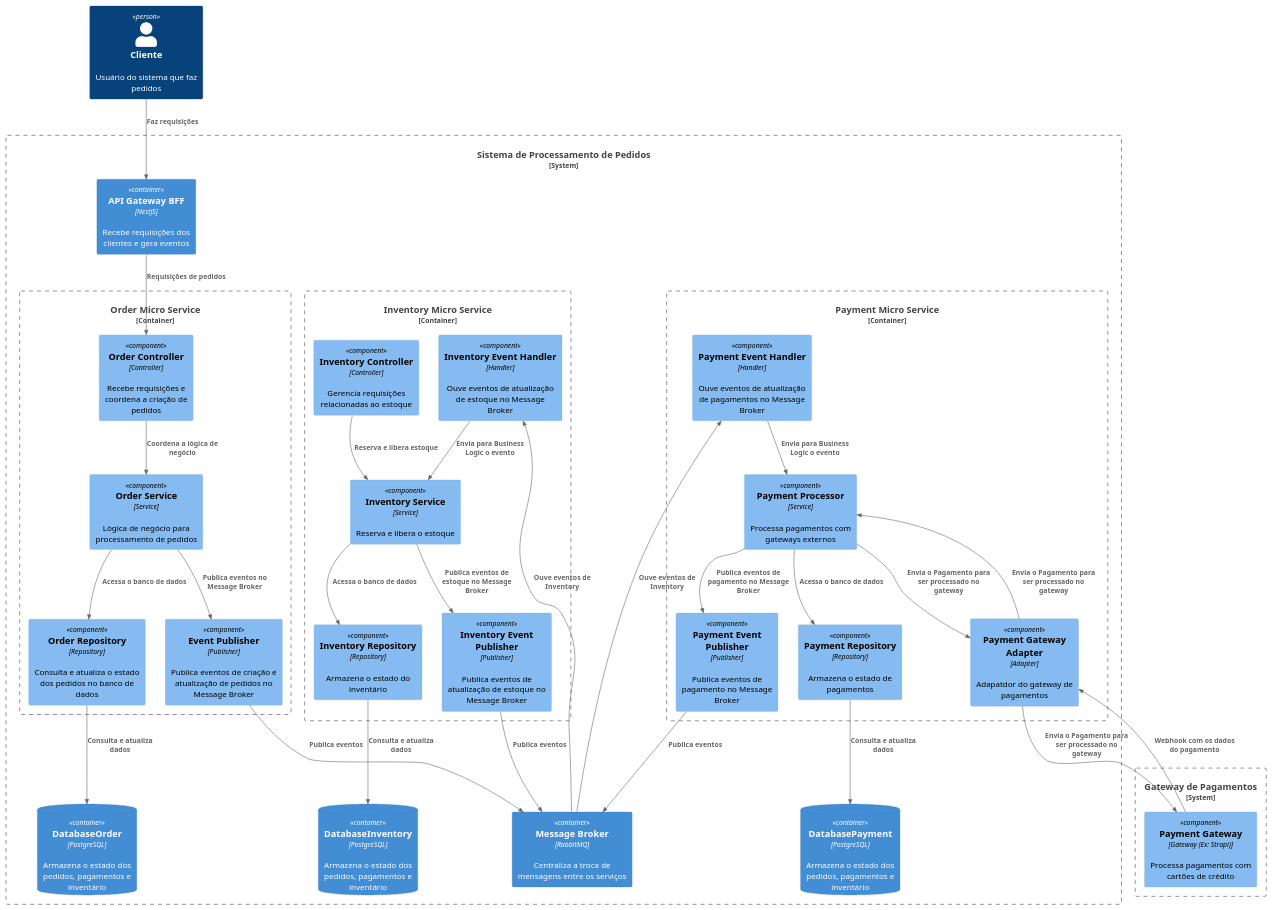
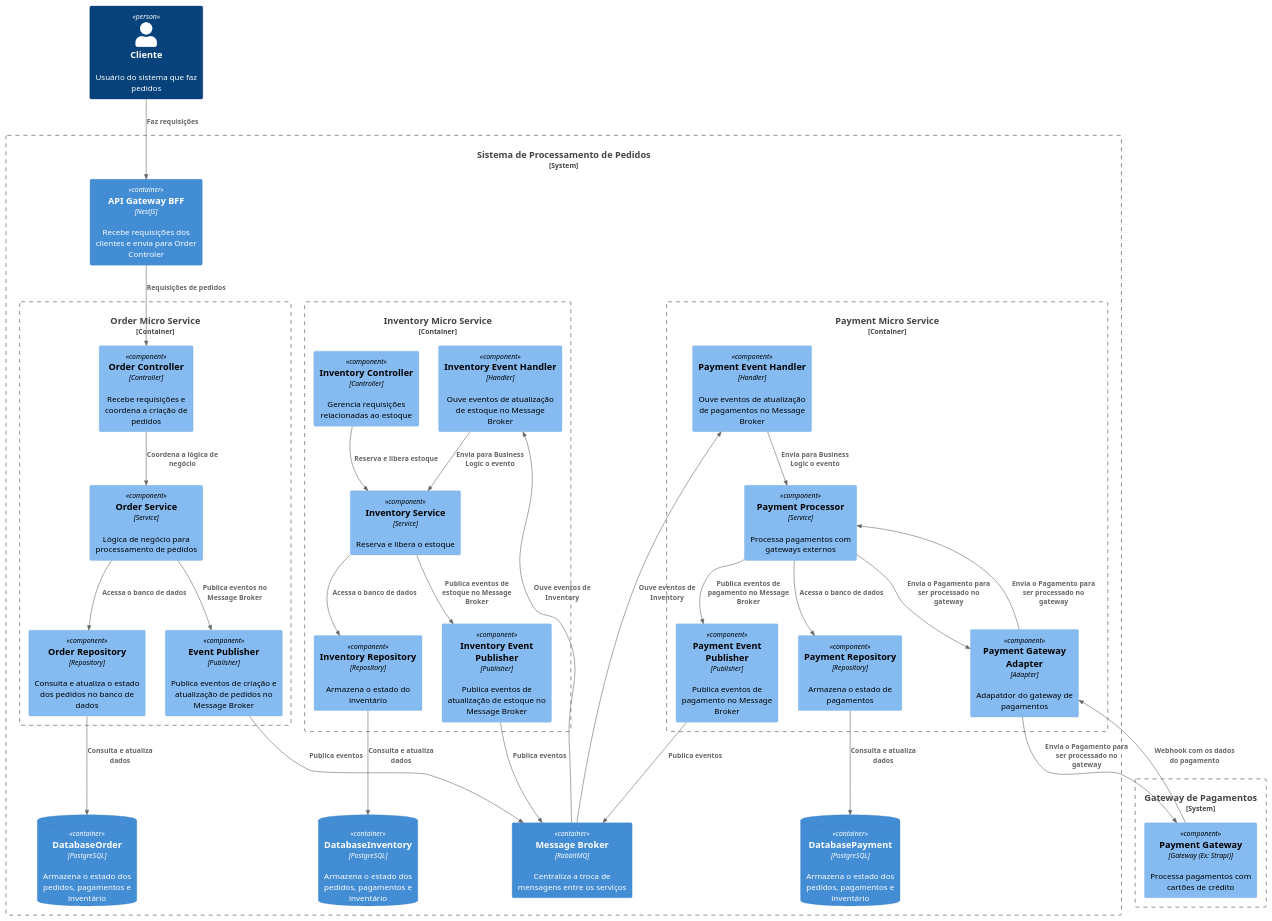
The diagram in n3-component.plantuml (jnerydesigner/Bemol), drawn with PlantUML before and after one commit. The commit also changed 8 other files, not shown here.

```diff
--- a/n3-component.plantuml
+++ b/n3-component.plantuml
@@ -1,86 +1,86 @@
 @startuml Component n3
 !include https://raw.githubusercontent.com/plantuml-stdlib/C4-PlantUML/master/C4_Component.puml
 
 Person(cliente, "Cliente", "Usuário do sistema que faz pedidos")
 
 
 
 System_Boundary(spp_boundary, "Sistema de Processamento de Pedidos") {
 
-  Container(apiGateway, "API Gateway BFF", "NestJS", "Recebe requisições dos clientes e gera eventos")
+  Container(apiGateway, "API Gateway BFF", "NestJS", "Recebe requisições dos clientes e envia para Order Controler")
 
 ' Order Micro Service
   Container_Boundary(orderService, "Order Micro Service") {
     Component(orderController, "Order Controller", "Controller", "Recebe requisições e coordena a criação de pedidos")
     Component(orderServiceComponent, "Order Service", "Service", "Lógica de negócio para processamento de pedidos")
     Component(orderRepository, "Order Repository", "Repository", "Consulta e atualiza o estado dos pedidos no banco de dados")
     Component(eventPublisher, "Event Publisher", "Publisher", "Publica eventos de criação e atualização de pedidos no Message Broker")
   }
 
   ' Payment Micro Service
 
   Container_Boundary(paymentService, "Payment Micro Service") {
     Component(paymentProcessor, "Payment Processor", "Service", "Processa pagamentos com gateways externos")
     Component(paymentRepository, "Payment Repository", "Repository", "Armazena o estado de pagamentos")
     Component(paymentEventPublisher, "Payment Event Publisher", "Publisher", "Publica eventos de pagamento no Message Broker")
 
     Component(paymentEventHandler, "Payment Event Handler", "Handler", "Ouve eventos de atualização de pagamentos no Message Broker")
 
     Component(paymentGatewayAdapter, "Payment Gateway Adapter", "Adapter", "Adapatdor do gateway de pagamentos")
   }
 
   ' Inventory Micro Service
 
   Container_Boundary(inventoryService, "Inventory Micro Service") {
     Component(inventoryController, "Inventory Controller", "Controller", "Gerencia requisições relacionadas ao estoque")
     Component(inventoryServiceComponent, "Inventory Service", "Service", "Reserva e libera o estoque")
     Component(inventoryRepository, "Inventory Repository", "Repository", "Armazena o estado do inventário")
     Component(inventoryEventPublisher, "Inventory Event Publisher", "Publisher", "Publica eventos de atualização de estoque no Message Broker")
 
     Component(inventoryEventHandler, "Inventory Event Handler", "Handler", "Ouve eventos de atualização de estoque no Message Broker")
   }
 
   Container(messageBroker, "Message Broker", "RabbitMQ", "Centraliza a troca de mensagens entre os serviços")
 
   ContainerDb(databaseOrder, "DatabaseOrder", "PostgreSQL", "Armazena o estado dos pedidos, pagamentos e inventário")
   ContainerDb(databaseInventory, "DatabaseInventory", "PostgreSQL", "Armazena o estado dos pedidos, pagamentos e inventário")
   ContainerDb(databasePayment, "DatabasePayment", "PostgreSQL", "Armazena o estado dos pedidos, pagamentos e inventário")
 }
 
 Rel(cliente, apiGateway, "Faz requisições")
 Rel(apiGateway, orderController, "Requisições de pedidos")
 Rel(orderController, orderServiceComponent, "Coordena a lógica de negócio")
 Rel(orderServiceComponent, orderRepository, "Acessa o banco de dados")
 Rel(orderServiceComponent, eventPublisher, "Publica eventos no Message Broker")
 
 
 Rel(paymentProcessor, paymentRepository, "Acessa o banco de dados")
 Rel(paymentProcessor, paymentEventPublisher, "Publica eventos de pagamento no Message Broker")
 
 Rel(inventoryController, inventoryServiceComponent, "Reserva e libera estoque")
 Rel(inventoryServiceComponent, inventoryRepository, "Acessa o banco de dados")
 Rel(inventoryServiceComponent, inventoryEventPublisher, "Publica eventos de estoque no Message Broker")
 
 Rel(eventPublisher, messageBroker, "Publica eventos")
 Rel(paymentEventPublisher, messageBroker, "Publica eventos")
 Rel(inventoryEventPublisher, messageBroker, "Publica eventos")
 Rel(orderRepository, databaseOrder, "Consulta e atualiza dados")
 Rel(paymentRepository, databasePayment, "Consulta e atualiza dados")
 Rel(inventoryRepository, databaseInventory, "Consulta e atualiza dados")
 
 Rel(messageBroker, inventoryEventHandler, "Ouve eventos de Inventory")
 Rel(inventoryEventHandler, inventoryServiceComponent, "Envia para Business Logic o evento")
 
 Rel(messageBroker, paymentEventHandler, "Ouve eventos de Inventory")
 Rel(paymentEventHandler, paymentProcessor, "Envia para Business Logic o evento")
 
 System_Boundary(paymentGatewaySystem, "Gateway de Pagamentos") {
   Component(paymentGateway, "Payment Gateway", "Gateway (Ex: Strapi)", "Processa pagamentos com cartões de crédito")
 }
 
 Rel(paymentGateway, paymentGatewayAdapter, "Webhook com os dados do pagamento")
 Rel(paymentProcessor, paymentGatewayAdapter,"Envia o Pagamento para ser processado no gateway")
 Rel(paymentGatewayAdapter, paymentProcessor,"Envia o Pagamento para ser processado no gateway")
 Rel(paymentGatewayAdapter, paymentGateway,"Envia o Pagamento para ser processado no gateway")
 
 @enduml
```
